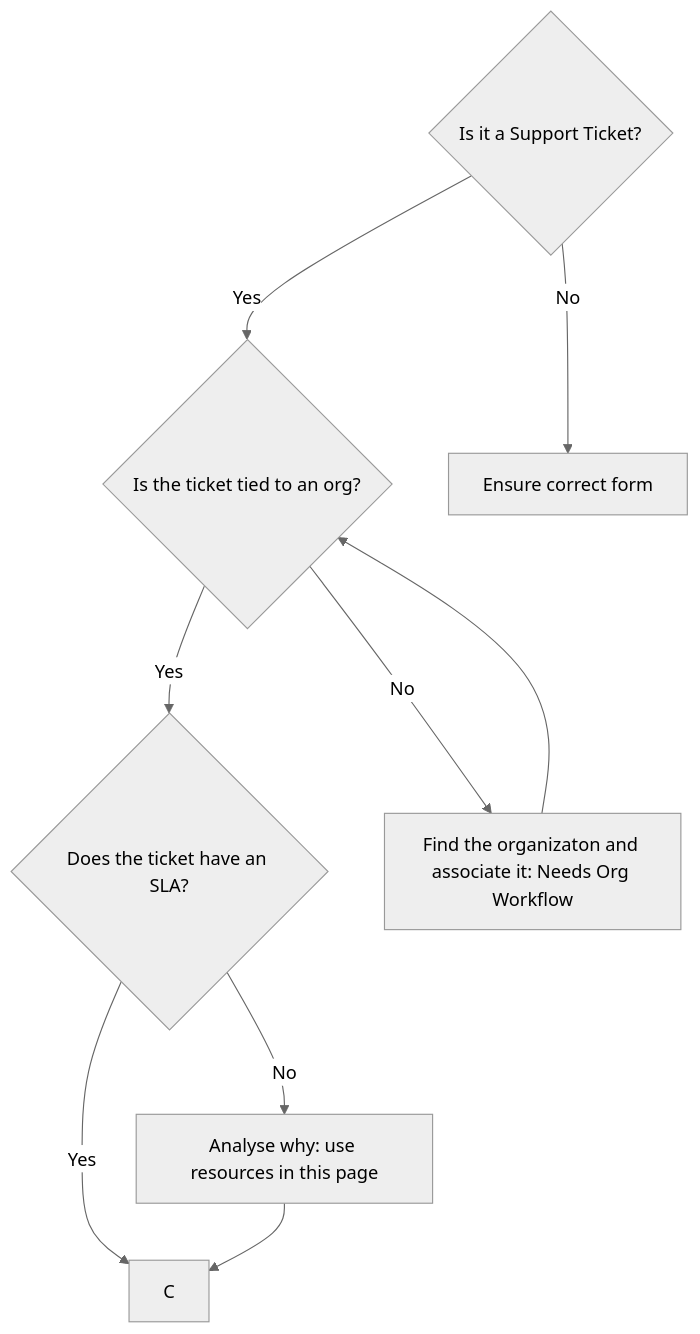
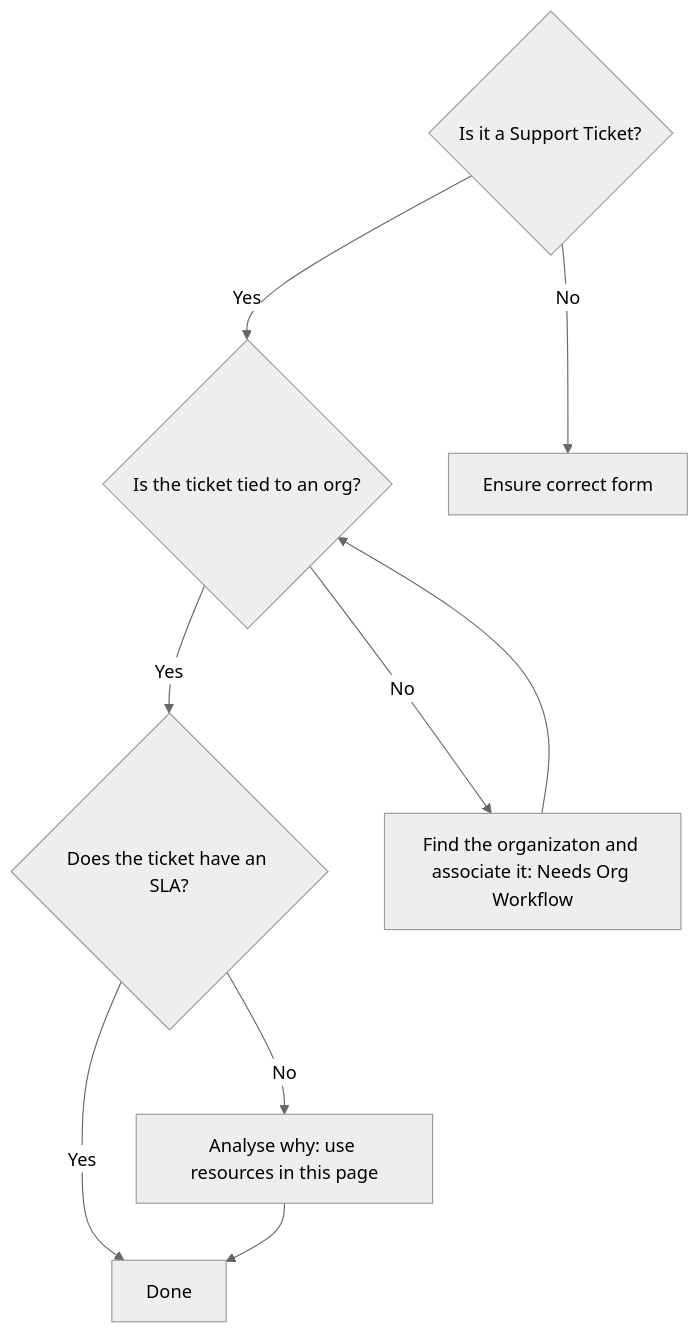
The diagram in support/workflows/ticket_triage.html.md (secretstartups/handbook), drawn with Mermaid (neutral theme) before and after one commit.

Commit message:
Apply 1 suggestion(s) to 1 file(s)

````diff
--- a/support/workflows/ticket_triage.html.md
+++ b/support/workflows/ticket_triage.html.md
@@ -20,10 +20,10 @@
 ```mermaid
 graph TD
     A{Is it a Support Ticket?}
     A -->|Yes| B{Is the ticket tied to an org?}
     A -->|No| G[Ensure correct form]
     B -->|Yes| D{Does the ticket have an SLA?}
     B -->|No| E[Find the organizaton and associate it: Needs Org Workflow] --> B
-    D -->|Yes| C
+    D -->|Yes| C[Done]
     D -->|No| F[Analyse why: use resources in this page] --> C
 ```
````
